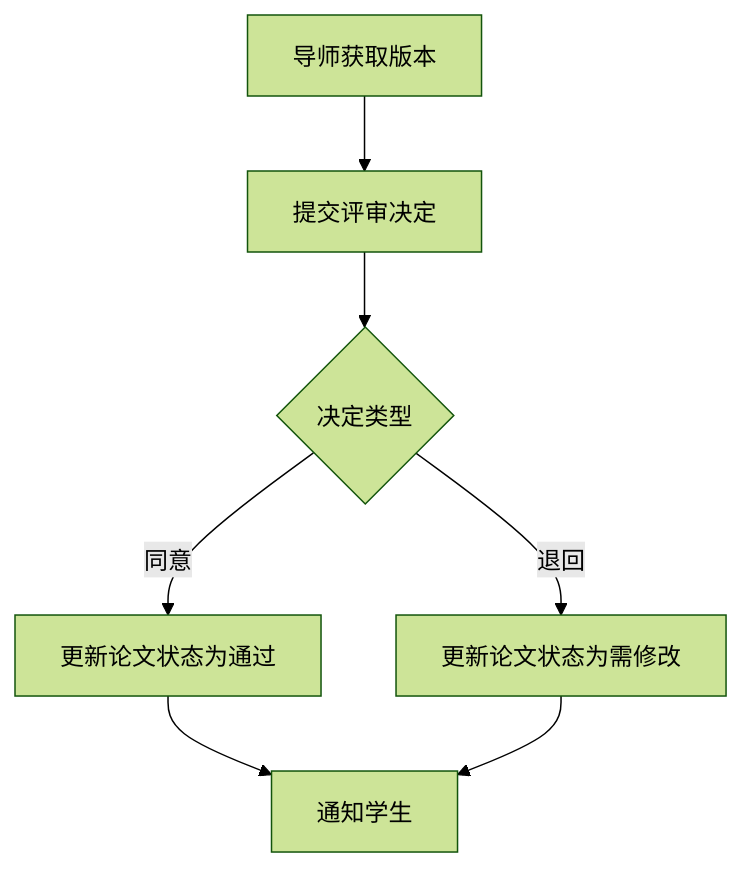
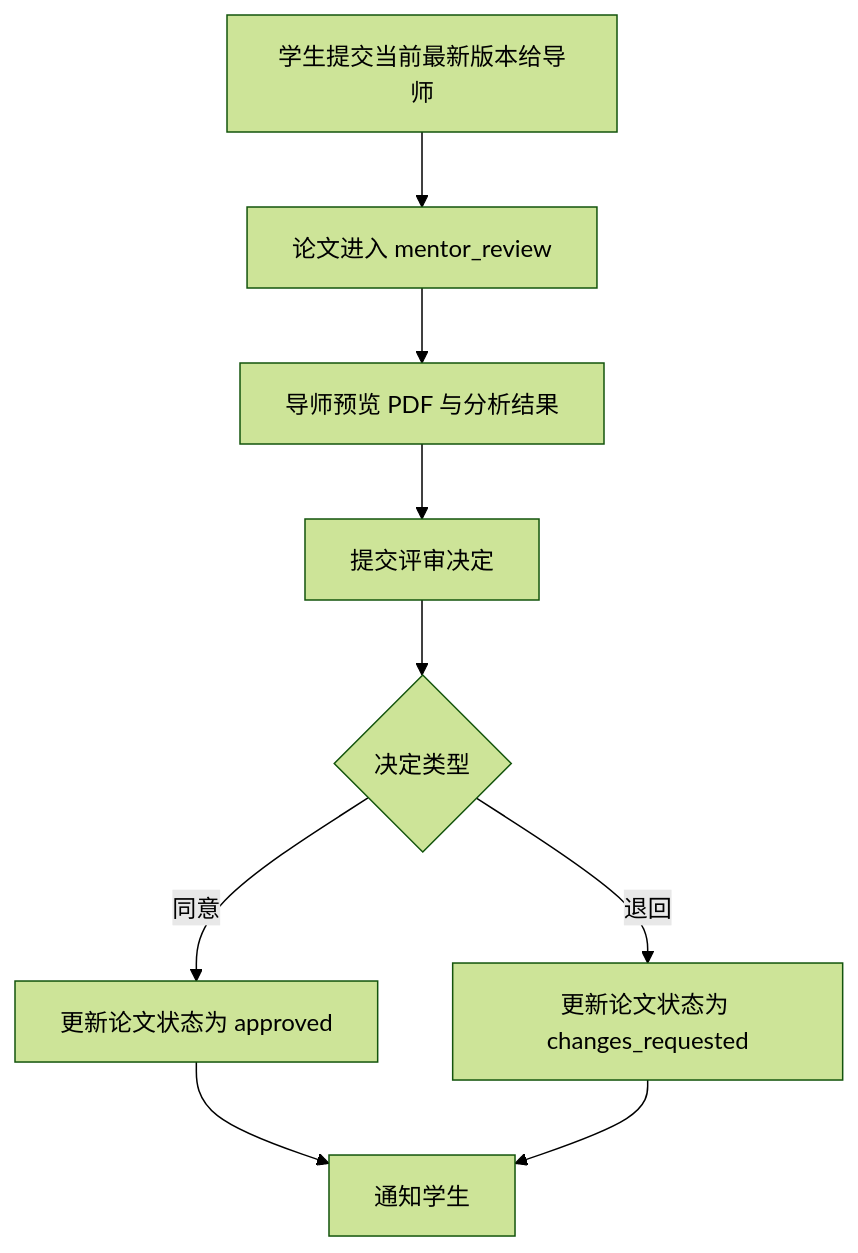
Before and after one commit to James-Leong/thesis-gravity: the third of 3 diagrams in docs/requirements.md, drawn with Mermaid (forest theme). The commit also changed other lines of this file and 25 other files, not shown here.

````diff
--- a/docs/requirements.md
+++ b/docs/requirements.md
@@ -113,9 +118,11 @@
 ```mermaid
 flowchart TD
-	A[导师获取版本] --> B[提交评审决定]
-	B --> C{决定类型}
-	C -->|同意| D[更新论文状态为通过]
-	C -->|退回| E[更新论文状态为需修改]
-	D --> F[通知学生]
-	E --> F
+	A[学生提交当前最新版本给导师] --> B[论文进入 mentor_review]
+	B --> C[导师预览 PDF 与分析结果]
+	C --> D[提交评审决定]
+	D --> E{决定类型}
+	E -->|同意| F[更新论文状态为 approved]
+	E -->|退回| G[更新论文状态为 changes_requested]
+	F --> H[通知学生]
+	G --> H
 ```
````
